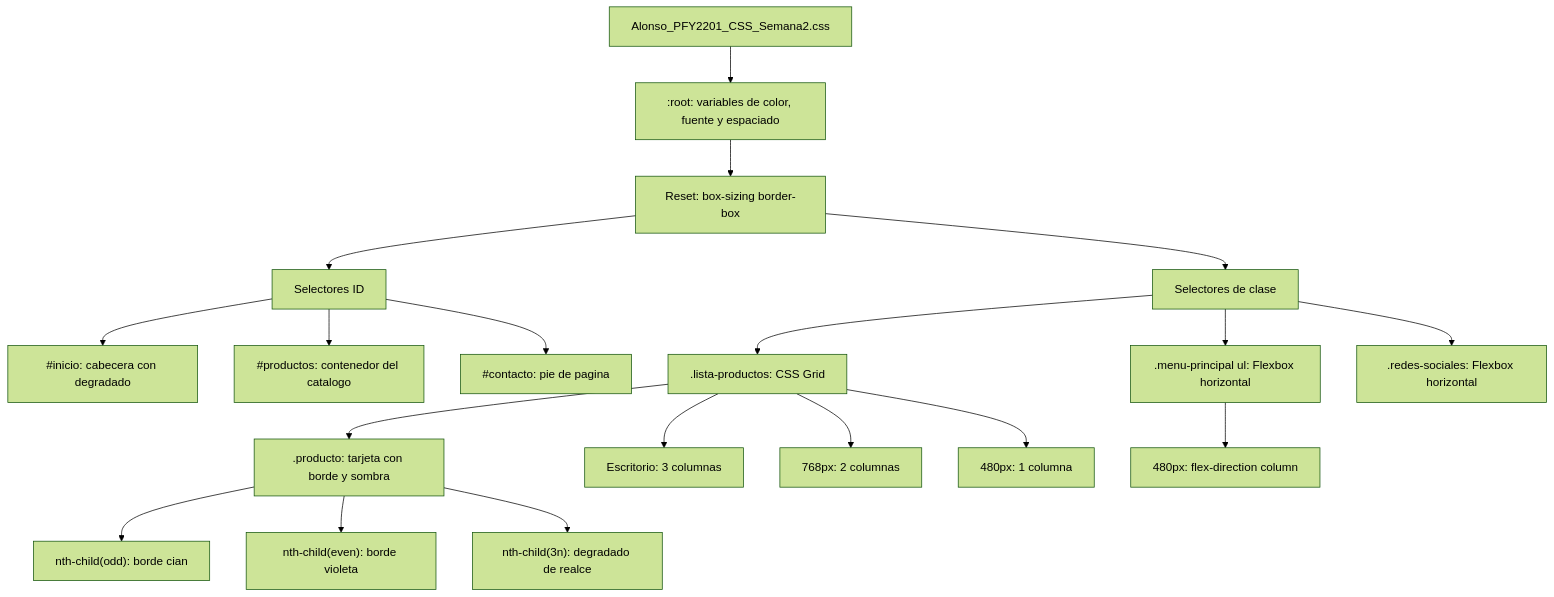
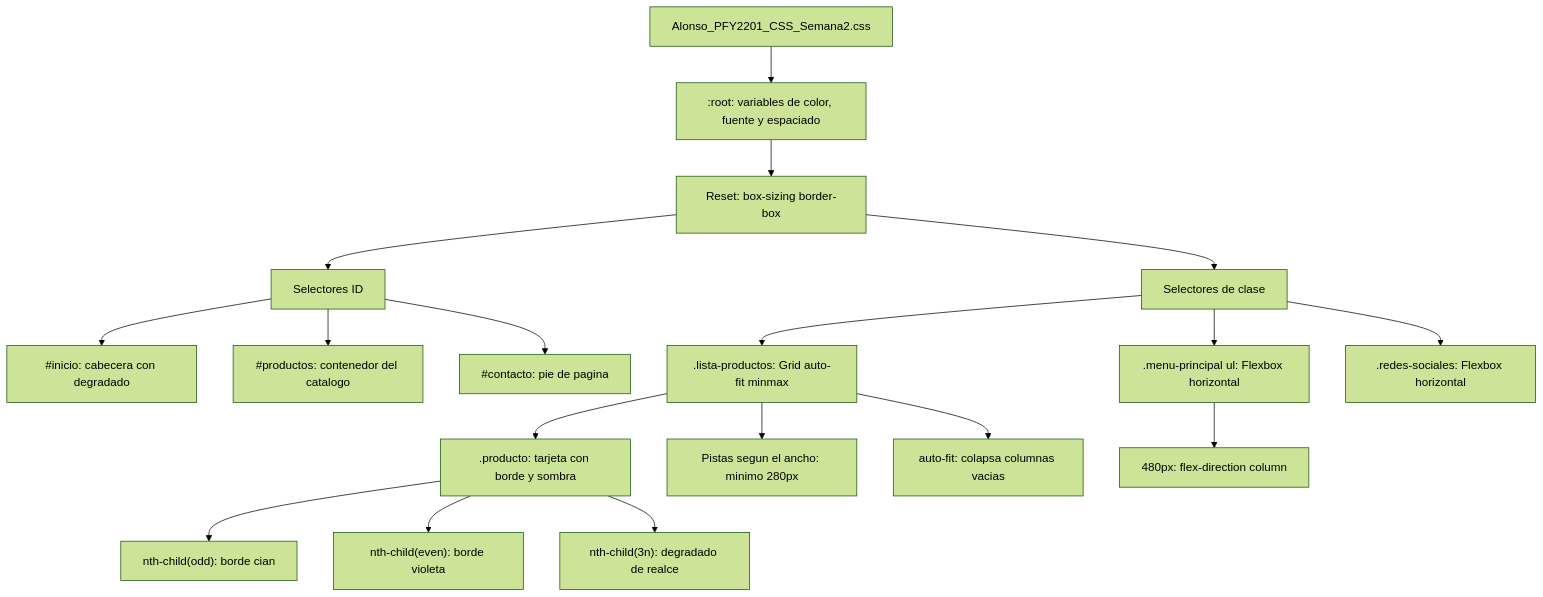
One commit to L0ncho/EliteGamingStore changed the second of 2 diagrams in README.md. Above: the diagram before and after it, drawn with Mermaid (forest theme). The commit also changed other lines of this file and 2 other files, not shown here.

Commit message:
Versionado con Flexbox en nav y footer, CSS grid dinamico

````diff
--- a/README.md
+++ b/README.md
@@ -111,21 +113,20 @@
 ```mermaid
 flowchart TD
     Hoja["Alonso_PFY2201_CSS_Semana2.css"] --> Raiz[":root: variables de color, fuente y espaciado"]
     Raiz --> Reset["Reset: box-sizing border-box"]
     Reset --> Ids["Selectores ID"]
     Reset --> Clases["Selectores de clase"]
     Ids --> Inicio["#inicio: cabecera con degradado"]
     Ids --> Productos["#productos: contenedor del catalogo"]
     Ids --> Contacto["#contacto: pie de pagina"]
     Clases --> Menu[".menu-principal ul: Flexbox horizontal"]
-    Clases --> Lista[".lista-productos: CSS Grid"]
+    Clases --> Lista[".lista-productos: Grid auto-fit minmax"]
     Clases --> Redes[".redes-sociales: Flexbox horizontal"]
     Lista --> Tarjeta[".producto: tarjeta con borde y sombra"]
     Tarjeta --> Impar["nth-child(odd): borde cian"]
     Tarjeta --> Par["nth-child(even): borde violeta"]
     Tarjeta --> Triple["nth-child(3n): degradado de realce"]
-    Lista --> Desk["Escritorio: 3 columnas"]
-    Lista --> Tablet["768px: 2 columnas"]
-    Lista --> Movil["480px: 1 columna"]
+    Lista --> Dinamico["Pistas segun el ancho: minimo 280px"]
+    Lista --> Expandir["auto-fit: colapsa columnas vacias"]
     Menu --> MenuMovil["480px: flex-direction column"]
 ```
````
